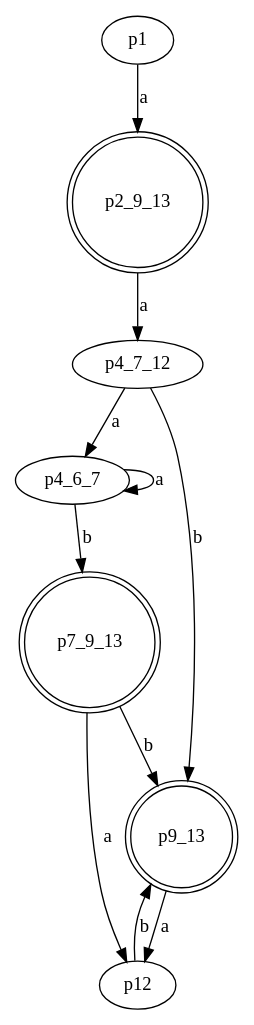
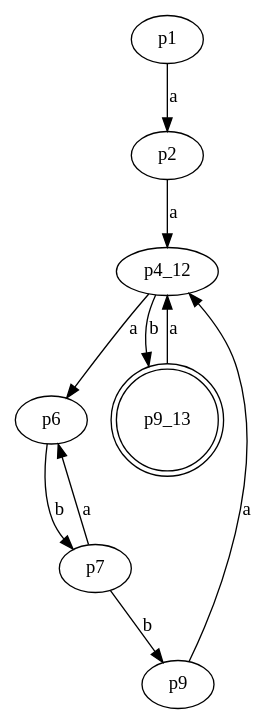
The diagram in Task3/3_2(final).gv (NRU-MPEI-IMAI/git-Edmelissa), drawn with Graphviz before and after one commit.

```diff
--- a/Task3/3_2(final).gv
+++ b/Task3/3_2(final).gv
@@ -1,28 +1,26 @@
 digraph G 
 {
     n1 [label = p1]
-    n2_9_13 [label = p2_9_13, shape = doublecircle]
-    n4_7_12 [label = p4_7_12]
-    n4_6_7 [label = p4_6_7]
+    n2 [label = p2]
+    n4_12 [label = p4_12]
+    n6 [label = p6]
     n9_13 [label = p9_13, shape = doublecircle]
-    n7_9_13 [label = p7_9_13, shape = doublecircle]
-    n12 [label = p12]
+    n7 [label = p7]
+    n9 [label = p9]
 
-
-    n1 -> n2_9_13 [label = "a"]
+    n1 -> n2 [label = "a"]
     
-    n2_9_13 -> n4_7_12 [label = "a"]
+    n2 -> n4_12 [label = "a"]
     
-    n4_7_12 -> n4_6_7 [label = "a"]
-    n4_7_12 -> n9_13 [label = "b"]
+    n4_12 -> n6 [label = "a"]
+    n4_12 -> n9_13 [label = "b"]
     
-    n4_6_7 -> n4_6_7 [label = "a"]
-    n4_6_7 -> n7_9_13 [label = "b"]
+    n6 -> n7 [label = "b"]
     
-    n9_13 -> n12 [label = "a"]
+    n9_13 -> n4_12 [label = "a"]
     
-    n7_9_13 -> n12 [label = "a"]
-    n7_9_13 -> n9_13 [label = "b"]
+    n7 -> n6 [label = "a"]
+    n7 -> n9 [label = "b"]
     
-    n12 -> n9_13 [label = "b"]
+    n9 -> n4_12 [label = "a"]
 }
```
